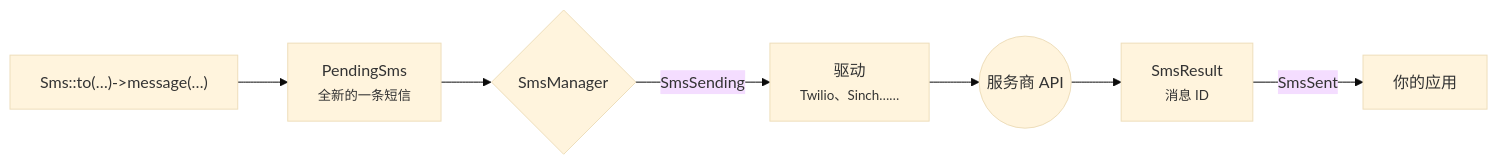
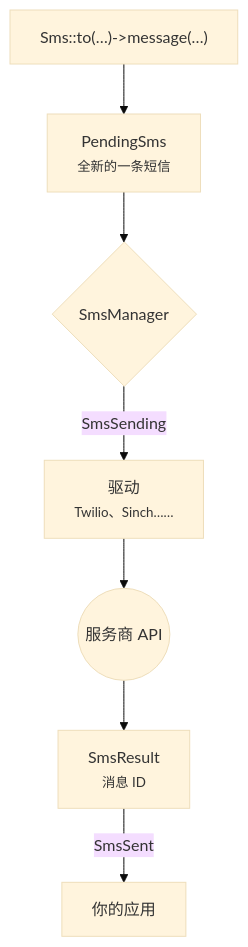
One commit to mrthito/laravel-sms-docs changed the diagram in zh/guide/introduction.md. Above: the diagram before and after it, drawn with Mermaid (base theme). The commit also changed 191 other files, not shown here.

First line of the commit message:
docs: seven languages, Mermaid diagrams, templates and environment pages

````diff
--- a/zh/guide/introduction.md
+++ b/zh/guide/introduction.md
@@ -20,9 +20,9 @@
 ```mermaid
-flowchart LR
+flowchart TB
     A["Sms::to(…)->message(…)"] --> B["PendingSms<br/><small>全新的一条短信</small>"]
     B --> C{"SmsManager"}
     C -- "SmsSending" --> D["驱动<br/><small>Twilio、Sinch……</small>"]
     D --> E(("服务商 API"))
     E --> F["SmsResult<br/><small>消息 ID</small>"]
     F -- "SmsSent" --> G["你的应用"]
 ```
````
